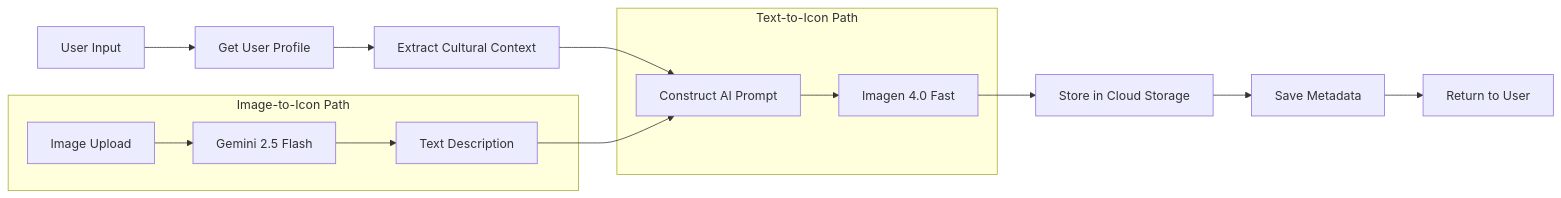
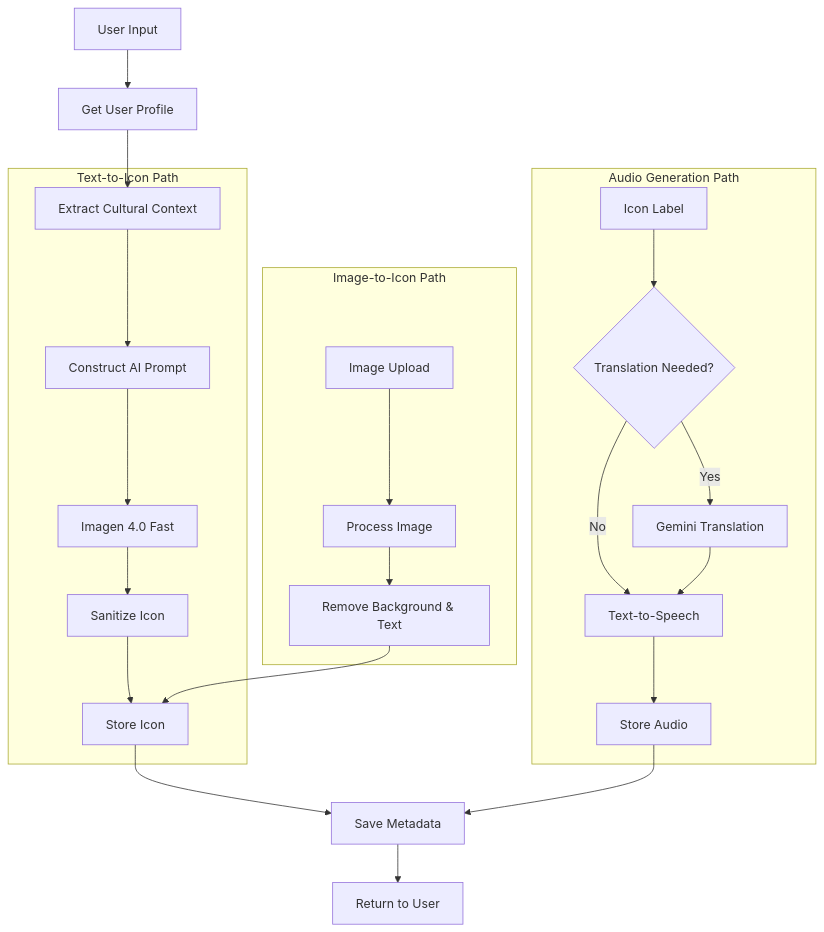
The second of 4 diagrams in ARCHITECTURE.md (codersbeyondborders/aac-backend), drawn with Mermaid before and after one commit. The commit also changed other lines of this file and 12 other files, not shown here.

````diff
--- a/ARCHITECTURE.md
+++ b/ARCHITECTURE.md
@@ -387,20 +432,30 @@
 ```mermaid
-graph LR
+graph TB
     INPUT[User Input] --> PROFILE[Get User Profile]
     PROFILE --> CULTURE[Extract Cultural Context]
-    CULTURE --> PROMPT[Construct AI Prompt]
     
     subgraph "Text-to-Icon Path"
+        CULTURE --> PROMPT[Construct AI Prompt]
         PROMPT --> IMAGEN[Imagen 4.0 Fast]
+        IMAGEN --> SANITIZE[Sanitize Icon]
+        SANITIZE --> ICON_STORE[Store Icon]
     end
     
     subgraph "Image-to-Icon Path"
-        UPLOAD[Image Upload] --> GEMINI[Gemini 2.5 Flash]
-        GEMINI --> DESC[Text Description]
-        DESC --> PROMPT
+        UPLOAD[Image Upload] --> PROCESS[Process Image]
+        PROCESS --> TRANSPARENT[Remove Background & Text]
+        TRANSPARENT --> ICON_STORE
     end
     
-    IMAGEN --> STORE[Store in Cloud Storage]
-    STORE --> META[Save Metadata]
+    subgraph "Audio Generation Path"
+        LABEL[Icon Label] --> TRANSLATE{Translation Needed?}
+        TRANSLATE -->|Yes| GEMINI_TRANS[Gemini Translation]
+        TRANSLATE -->|No| TTS[Text-to-Speech]
+        GEMINI_TRANS --> TTS
+        TTS --> AUDIO_STORE[Store Audio]
+    end
+    
+    ICON_STORE --> META[Save Metadata]
+    AUDIO_STORE --> META
     META --> RESPONSE[Return to User]
 ```
````
